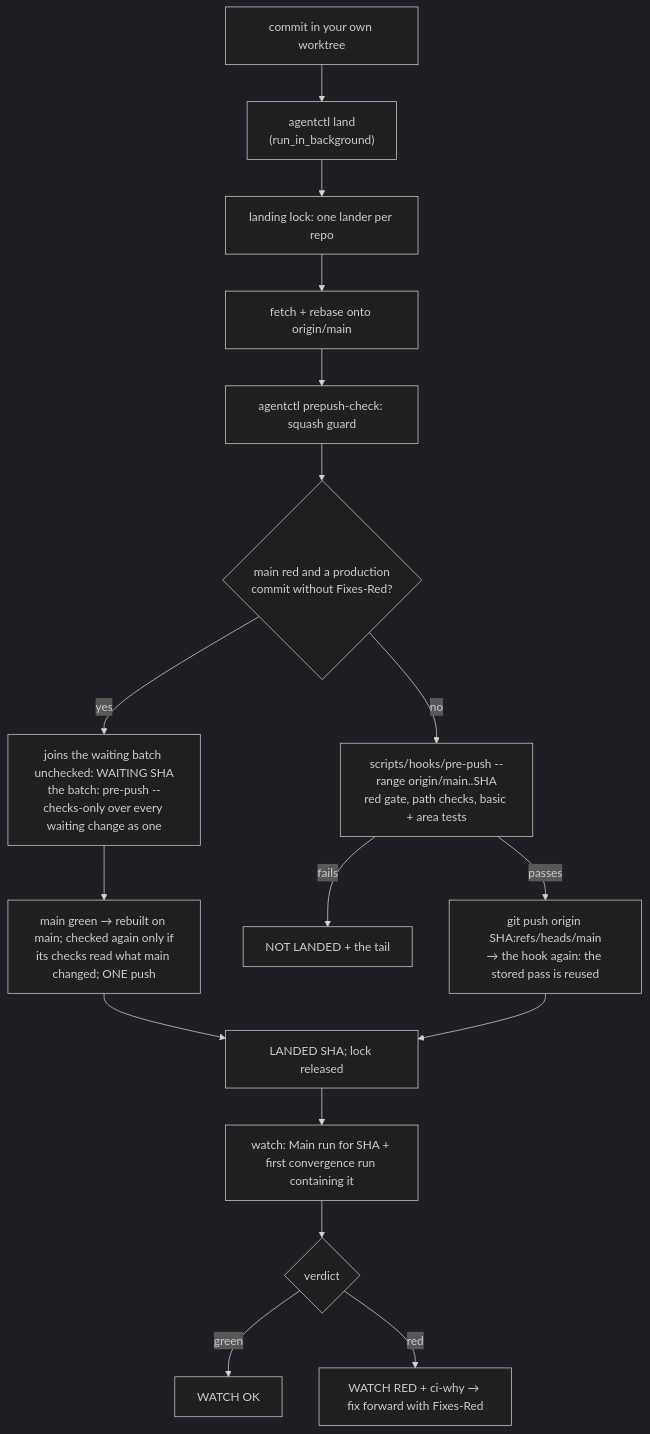
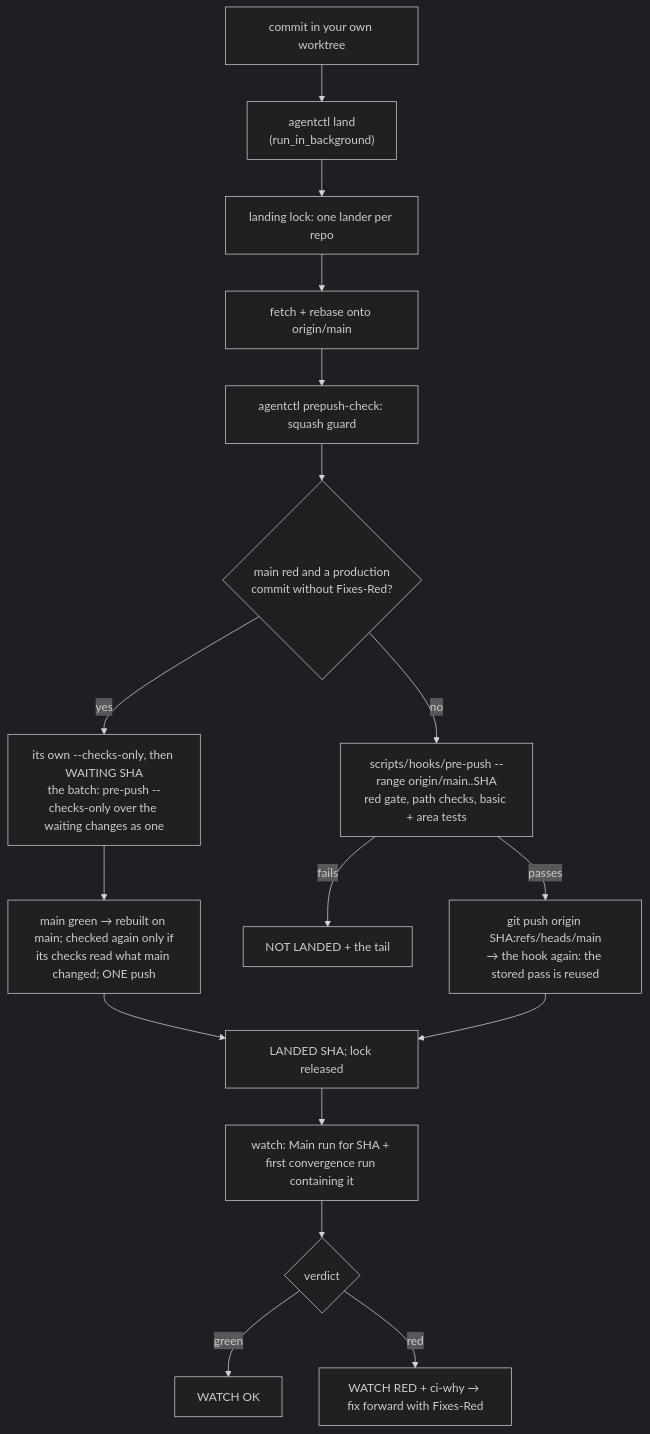
The diagram in docs/landing-process.md (pawelkrupinski/movies), drawn with Mermaid (dark theme) before and after one commit. The commit also changed other lines of this file, not shown here.

First line of the commit message:
docs: the waiting batch checks each change first, then pre-checks the waiting changes as one

````diff
--- a/docs/landing-process.md
+++ b/docs/landing-process.md
@@ -78,19 +78,19 @@
 ```mermaid
 flowchart TD
     C[commit in your own worktree] --> L["agentctl land<br/>(run_in_background)"]
     L --> K[landing lock: one lander per repo]
     K --> F[fetch + rebase onto origin/main]
     F --> P[agentctl prepush-check: squash guard]
     P --> G{main red and a production<br/>commit without Fixes-Red?}
-    G -- yes --> WB["joins the waiting batch unchecked: WAITING SHA<br/>the batch: pre-push --checks-only over every waiting change as one"]
+    G -- yes --> WB["its own --checks-only, then WAITING SHA<br/>the batch: pre-push --checks-only over the waiting changes as one"]
     WB --> WP["main green → rebuilt on main; checked again only if<br/>its checks read what main changed; ONE push"]
     WP --> V
     G -- no --> D["scripts/hooks/pre-push --range origin/main..SHA<br/>red gate, path checks, basic + area tests"]
     D -- fails --> N[NOT LANDED + the tail]
     D -- passes --> H["git push origin SHA:refs/heads/main<br/>→ the hook again: the stored pass is reused"]
     H --> V[LANDED SHA; lock released]
     V --> W["watch: Main run for SHA + first convergence run containing it"]
     W --> R{verdict}
     R -- green --> OK[WATCH OK]
     R -- red --> RED["WATCH RED + ci-why → fix forward with Fixes-Red"]
 ```
````
